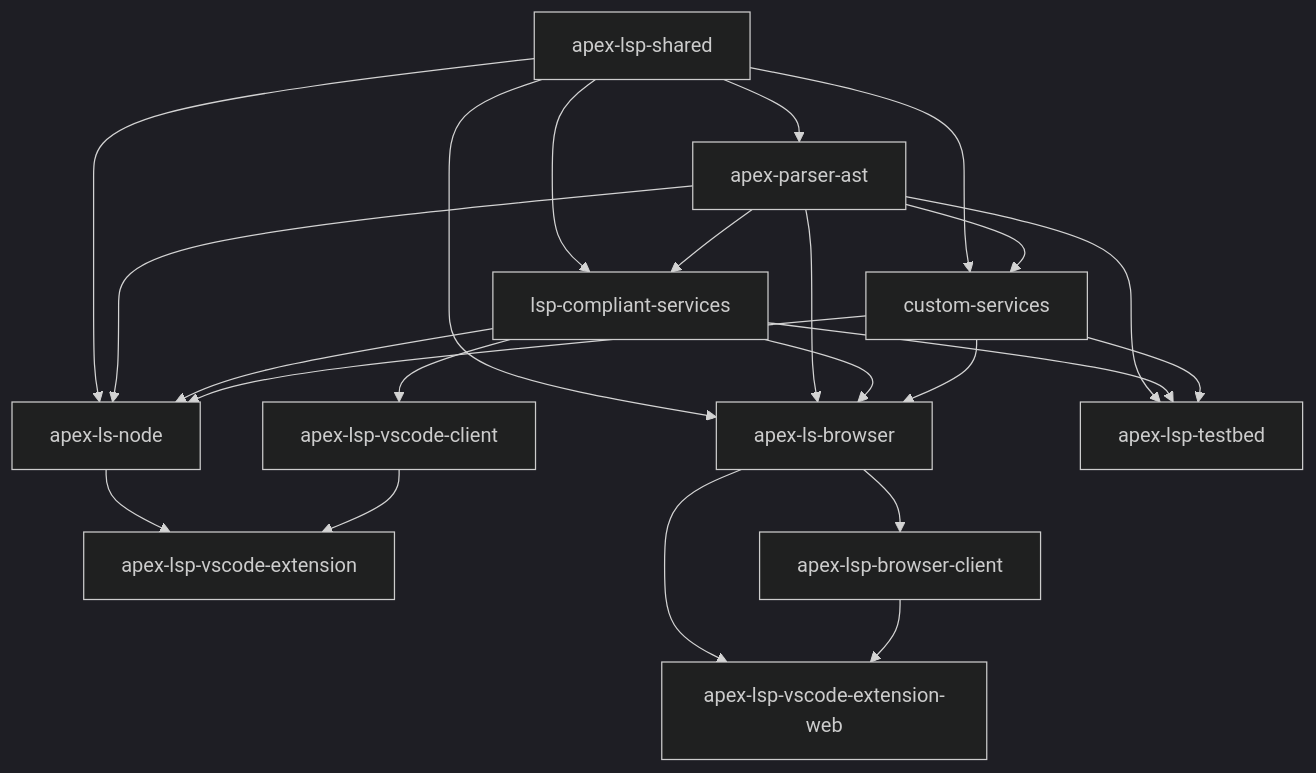
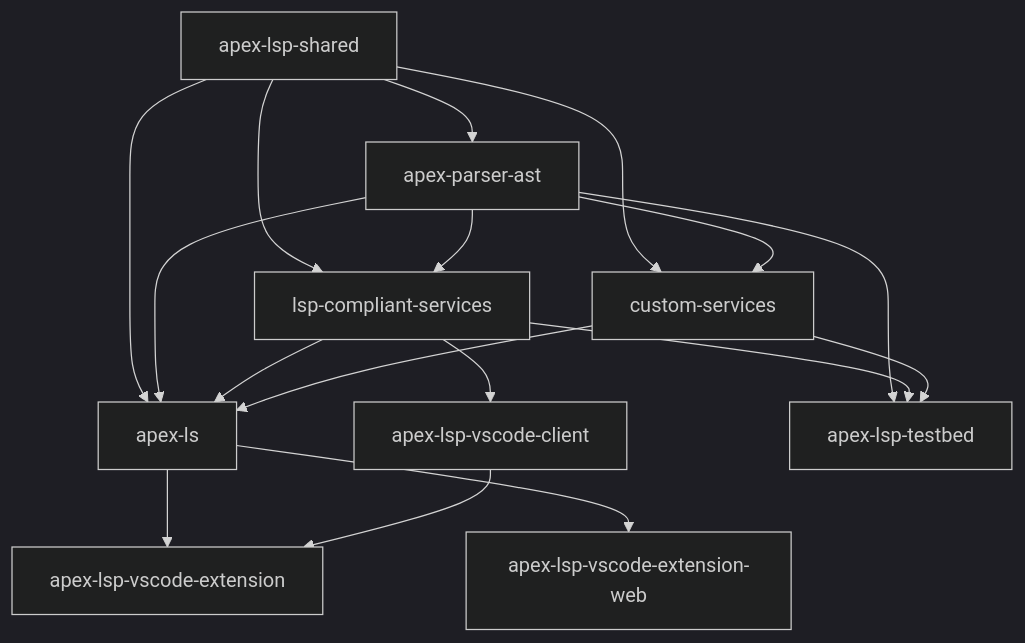
The diagram in CONTRIBUTING.md (forcedotcom/apex-language-support), drawn with Mermaid (dark theme) before and after one commit. The commit also changed other lines of this file and 121 other files, not shown here.

````diff
--- a/CONTRIBUTING.md
+++ b/CONTRIBUTING.md
@@ -207,31 +199,25 @@
 ```mermaid
 graph TD
     A[apex-lsp-shared] --> B[apex-parser-ast]
     A --> C[lsp-compliant-services]
     A --> D[custom-services]
-    A --> E[apex-ls-node]
-    A --> F[apex-ls-browser]
+    A --> E[apex-ls]
 
     B --> C
     B --> D
     B --> E
-    B --> F
 
     C --> E
-    C --> F
     C --> G[apex-lsp-vscode-client]
 
     D --> E
-    D --> F
 
     E --> H[apex-lsp-vscode-extension]
-    F --> I[apex-lsp-browser-client]
-    F --> J[apex-lsp-vscode-extension-web]
+    E --> J[apex-lsp-vscode-extension-web]
 
     G --> H
-    I --> J
 
     B --> K[apex-lsp-testbed]
     C --> K
     D --> K
 ```
````
